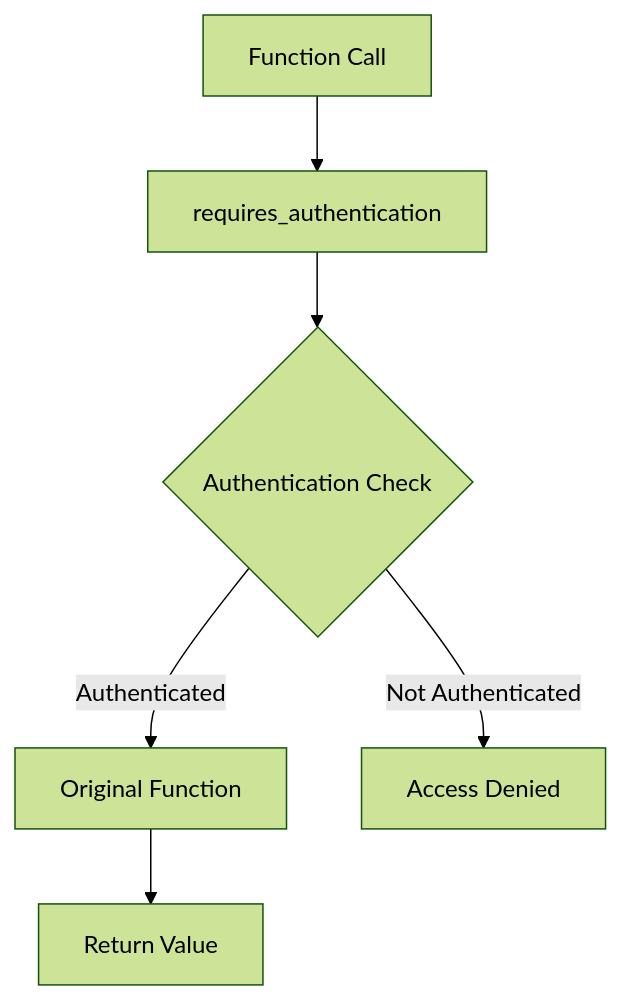
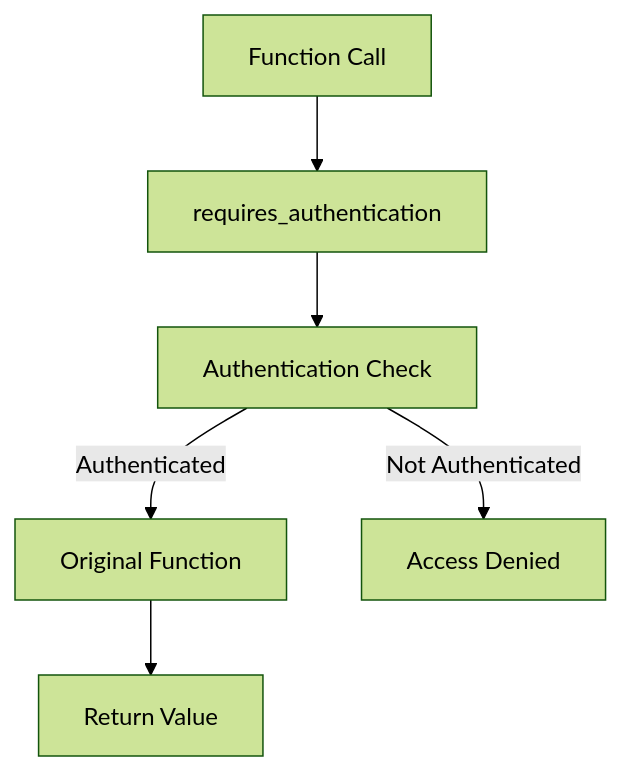
The sixth of 16 diagrams in content/post/2024/2024-10-17-python-decorator/index.md (42jerrykim/42jerrykim.github.io), drawn with Mermaid (forest theme) before and after one commit. The commit also changed other lines of this file and 239 other files, not shown here.

````diff
--- a/content/post/2024/2024-10-17-python-decorator/index.md
+++ b/content/post/2024/2024-10-17-python-decorator/index.md
@@ -479,8 +404,14 @@
 ```mermaid
-graph TD;
-    A[Function Call] --> B[requires_authentication];
-    B --> C{Authentication Check};
-    C -->|Authenticated| D[Original Function];
-    C -->|Not Authenticated| E[Access Denied];
-    D --> F[Return Value];
+graph TD
+    Call["Function Call"]
+    AuthDec["requires_authentication"]
+    AuthCheck["Authentication Check"]
+    OrigFunc["Original Function"]
+    AccessDenied["Access Denied"]
+    ReturnVal["Return Value"]
+    Call --> AuthDec
+    AuthDec --> AuthCheck
+    AuthCheck -->|"Authenticated"| OrigFunc
+    AuthCheck -->|"Not Authenticated"| AccessDenied
+    OrigFunc --> ReturnVal
 ```
````
